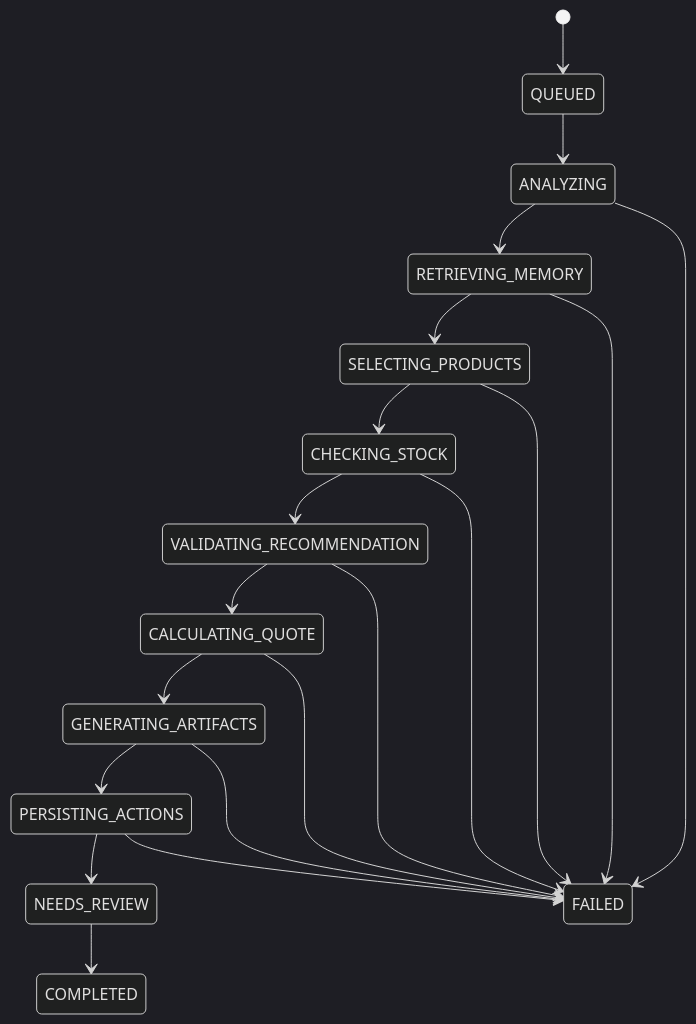
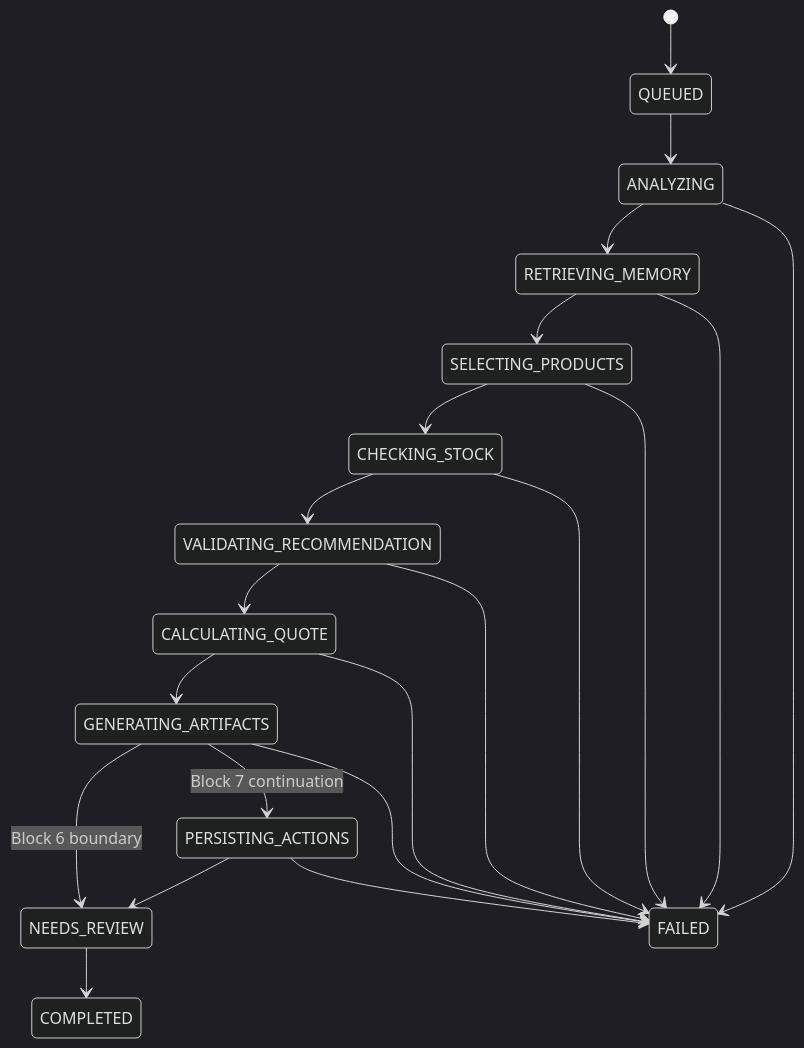
The diagram in docs/architecture/024-agent-orchestration.md (4356gs/adegaflow-ai), drawn with Mermaid (dark theme) before and after one commit. The commit also changed other lines of this file and 5 other files, not shown here.

````diff
--- a/docs/architecture/024-agent-orchestration.md
+++ b/docs/architecture/024-agent-orchestration.md
@@ -40,23 +40,24 @@
 ```mermaid
 stateDiagram-v2
     [*] --> QUEUED
     QUEUED --> ANALYZING
     ANALYZING --> RETRIEVING_MEMORY
     RETRIEVING_MEMORY --> SELECTING_PRODUCTS
     SELECTING_PRODUCTS --> CHECKING_STOCK
     CHECKING_STOCK --> VALIDATING_RECOMMENDATION
     VALIDATING_RECOMMENDATION --> CALCULATING_QUOTE
     CALCULATING_QUOTE --> GENERATING_ARTIFACTS
-    GENERATING_ARTIFACTS --> PERSISTING_ACTIONS
+    GENERATING_ARTIFACTS --> NEEDS_REVIEW : Block 6 boundary
+    GENERATING_ARTIFACTS --> PERSISTING_ACTIONS : Block 7 continuation
     PERSISTING_ACTIONS --> NEEDS_REVIEW
     NEEDS_REVIEW --> COMPLETED
 
     ANALYZING --> FAILED
     RETRIEVING_MEMORY --> FAILED
     SELECTING_PRODUCTS --> FAILED
     CHECKING_STOCK --> FAILED
     VALIDATING_RECOMMENDATION --> FAILED
     CALCULATING_QUOTE --> FAILED
     GENERATING_ARTIFACTS --> FAILED
     PERSISTING_ACTIONS --> FAILED
 ```
````
